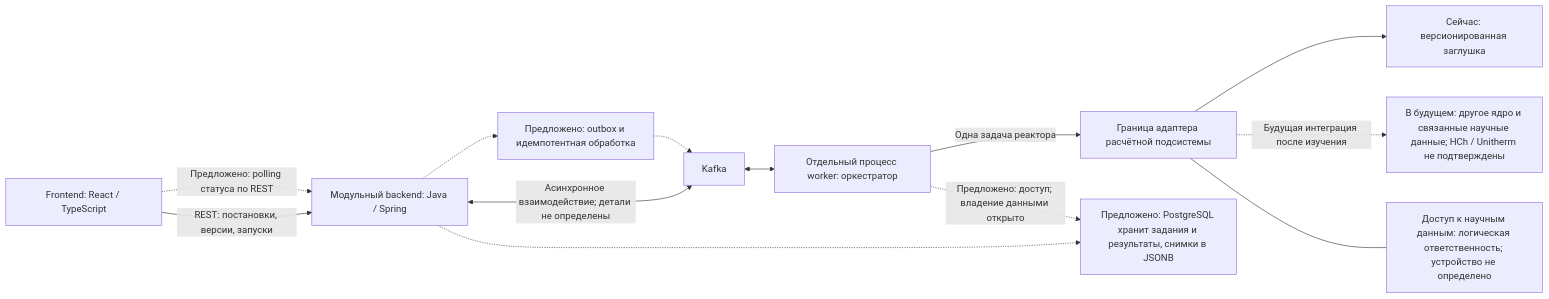
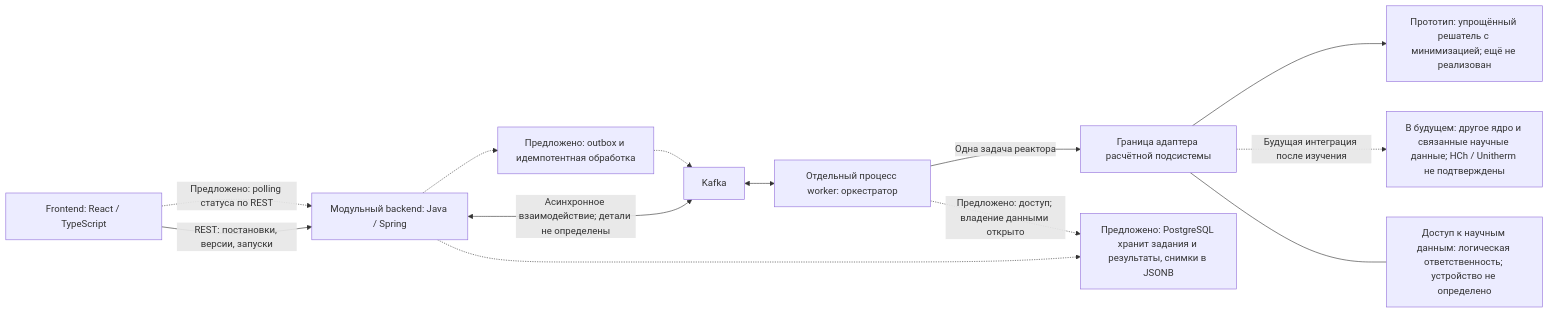
One commit to Finnik723/terma changed the diagram in docs/architecture.md. Above: the diagram before and after it, drawn with Mermaid. The commit also changed other lines of this file and 16 other files, not shown here.

````diff
--- a/docs/architecture.md
+++ b/docs/architecture.md
@@ -9,25 +9,25 @@
 ```mermaid
 flowchart LR
     UI["Frontend: React / TypeScript"]
     API["Модульный backend: Java / Spring"]
     K["Kafka"]
     W["Отдельный процесс worker: оркестратор"]
     A["Граница адаптера расчётной подсистемы"]
-    S["Сейчас: версионированная заглушка"]
+    S["Прототип: упрощённый решатель с минимизацией; ещё не реализован"]
     F["В будущем: другое ядро и связанные научные данные; HCh / Unitherm не подтверждены"]
     D["Доступ к научным данным: логическая ответственность; устройство не определено"]
     DB["Предложено: PostgreSQL хранит задания и результаты, снимки в JSONB"]
     O["Предложено: outbox и идемпотентная обработка"]
     UI -->|REST: постановки, версии, запуски| API
     UI -.->|Предложено: polling статуса по REST| API
     API <-->|Асинхронное взаимодействие; детали не определены| K
     K <--> W
     API -.-> DB
     W -.->|Предложено: доступ; владение данными открыто| DB
     API -.-> O
     O -.-> K
     W -->|Одна задача реактора| A
     A --> S
     A -.->|Будущая интеграция после изучения| F
     A --- D
 ```
````
